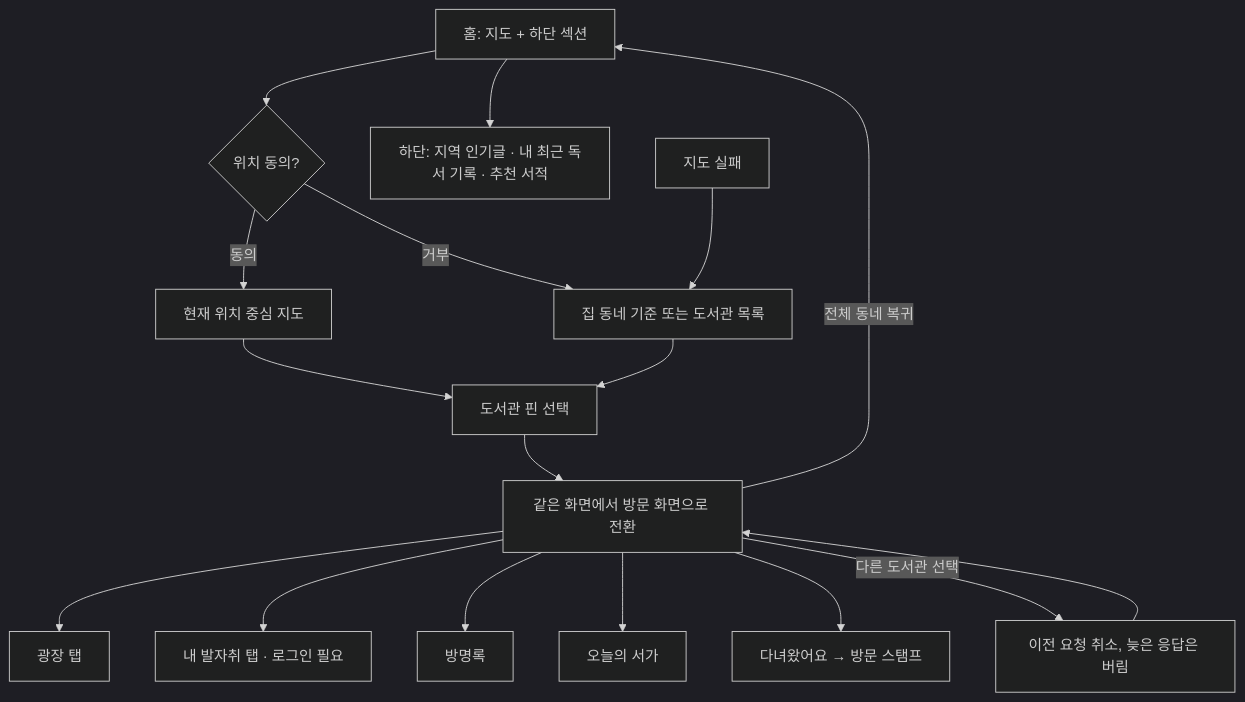
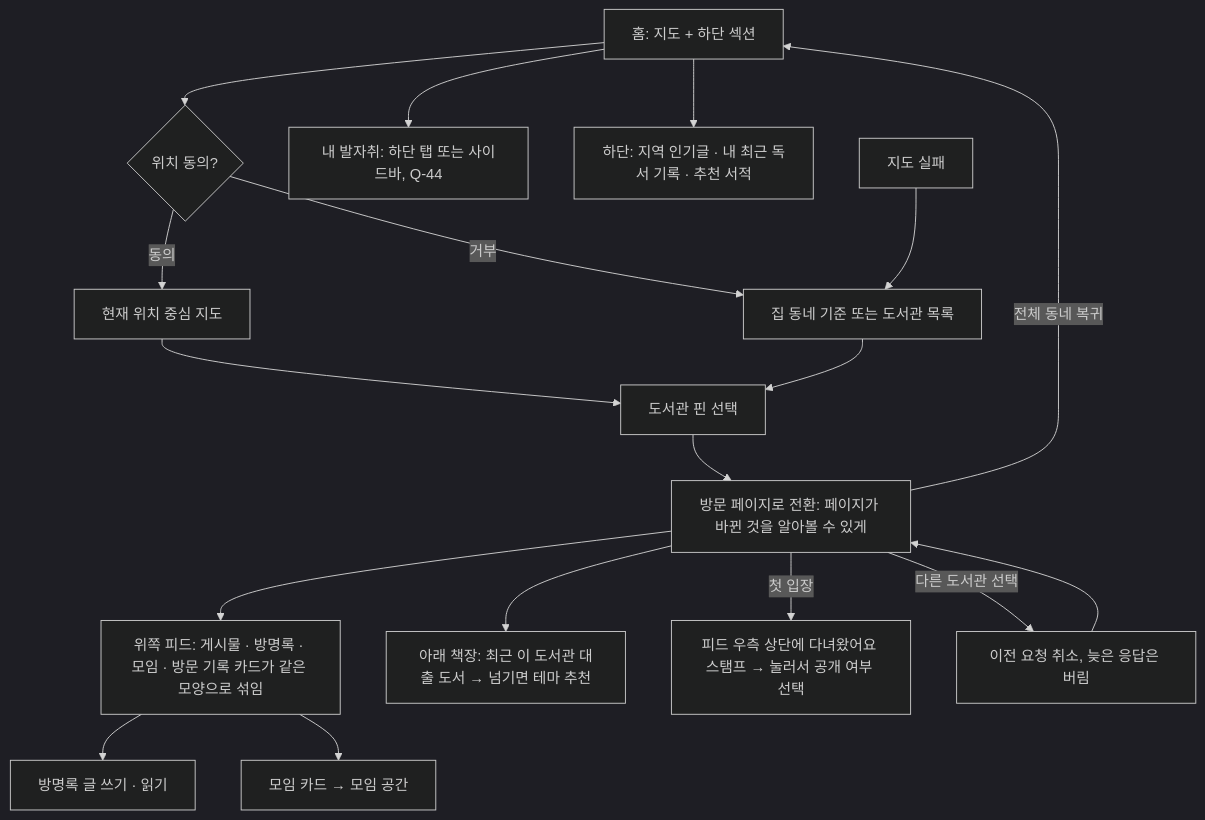
One commit to axteamc/localone changed the second of 7 diagrams in 개발산출물/유저_플로우.md. Above: the diagram before and after it, drawn with Mermaid (dark theme). The commit also changed other lines of this file and 9 other files, not shown here.

````diff
--- a/개발산출물/유저_플로우.md
+++ b/개발산출물/유저_플로우.md
@@ -28,19 +28,20 @@
 ```mermaid
 flowchart TD
   S[홈: 지도 + 하단 섹션] --> P{위치 동의?}
   P -- 동의 --> N[현재 위치 중심 지도]
   P -- 거부 --> R[집 동네 기준 또는 도서관 목록]
   N --> L[도서관 핀 선택]
   R --> L
-  L --> V[같은 화면에서 방문 화면으로 전환]
-  V --> T1[광장 탭]
-  V --> T2[내 발자취 탭 · 로그인 필요]
-  V --> G[방명록]
-  V --> W[오늘의 서가]
-  V --> ST[다녀왔어요 → 방문 스탬프]
+  L --> V[방문 페이지로 전환: 페이지가 바뀐 것을 알아볼 수 있게]
+  V --> FD[위쪽 피드: 게시물 · 방명록 · 모임 · 방문 기록 카드가 같은 모양으로 섞임]
+  V --> SF[아래 책장: 최근 이 도서관 대출 도서 → 넘기면 테마 추천]
+  FD --> G[방명록 글 쓰기 · 읽기]
+  FD --> CL[모임 카드 → 모임 공간]
+  V -- 첫 입장 --> SS[피드 우측 상단에 다녀왔어요 스탬프 → 눌러서 공개 여부 선택]
+  S --> MY[내 발자취: 하단 탭 또는 사이드바, Q-44]
   V -- 다른 도서관 선택 --> X[이전 요청 취소, 늦은 응답은 버림]
   X --> V
   V -- 전체 동네 복귀 --> S
   S --> H1[하단: 지역 인기글 · 내 최근 독서 기록 · 추천 서적]
   M[지도 실패] --> R
 ```
````
